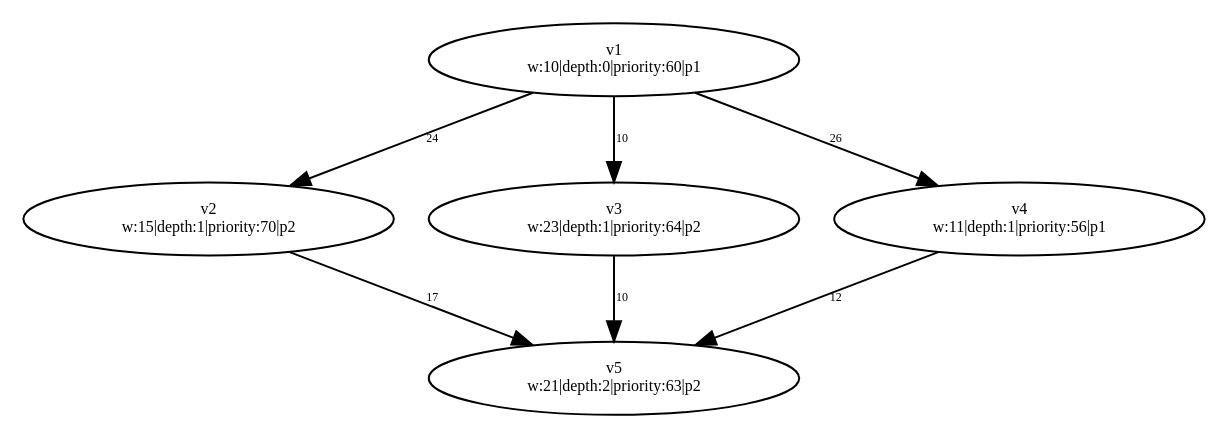
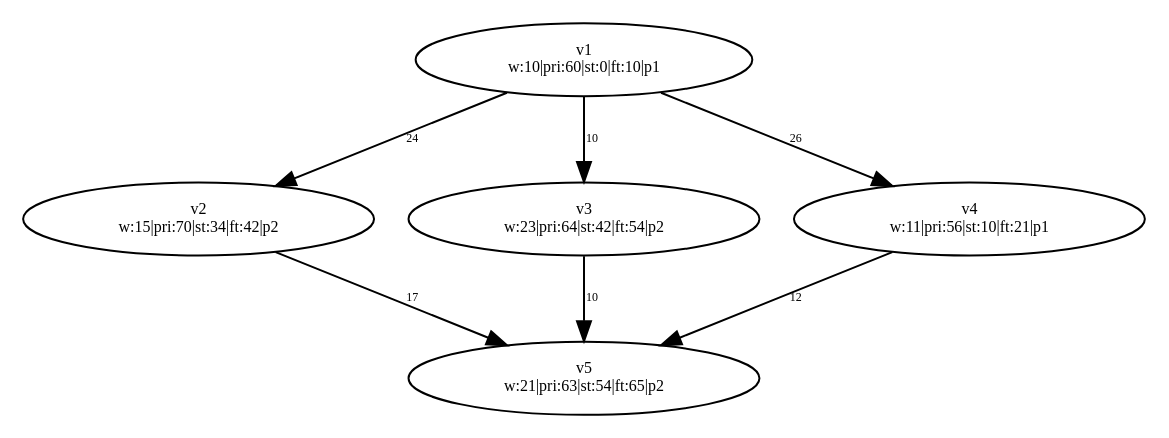
Before and after one commit to dexters1/Task-Scheduling-Based-on-Genetic-Algorithms: the diagram in PythonApplication1/PythonApplication1/test-output/slika_4_Simplified.gv, drawn with Graphviz. The commit also changed 51 other files, not shown here.

Commit message:
Finished unitTesting for Graph + Processor modules

```diff
--- a/PythonApplication1/PythonApplication1/test-output/slika_4_Simplified.gv
+++ b/PythonApplication1/PythonApplication1/test-output/slika_4_Simplified.gv
@@ -1,18 +1,18 @@
 digraph {
 	v1 [label="v1
-w:10|depth:0|priority:60|p1" fontsize=8.0]
+w:10|pri:60|st:0|ft:10|p1" fontsize=8.0]
 	v2 [label="v2
-w:15|depth:1|priority:70|p2" fontsize=8.0]
+w:15|pri:70|st:34|ft:42|p2" fontsize=8.0]
 	v3 [label="v3
-w:23|depth:1|priority:64|p2" fontsize=8.0]
+w:23|pri:64|st:42|ft:54|p2" fontsize=8.0]
 	v4 [label="v4
-w:11|depth:1|priority:56|p1" fontsize=8.0]
+w:11|pri:56|st:10|ft:21|p1" fontsize=8.0]
 	v5 [label="v5
-w:21|depth:2|priority:63|p2" fontsize=8.0]
+w:21|pri:63|st:54|ft:65|p2" fontsize=8.0]
 	v1 -> v2 [label=24 constraint=true fontsize=6.0]
 	v1 -> v3 [label=10 constraint=true fontsize=6.0]
 	v1 -> v4 [label=26 constraint=true fontsize=6.0]
 	v2 -> v5 [label=17 constraint=true fontsize=6.0]
 	v3 -> v5 [label=10 constraint=true fontsize=6.0]
 	v4 -> v5 [label=12 constraint=true fontsize=6.0]
 }
```
